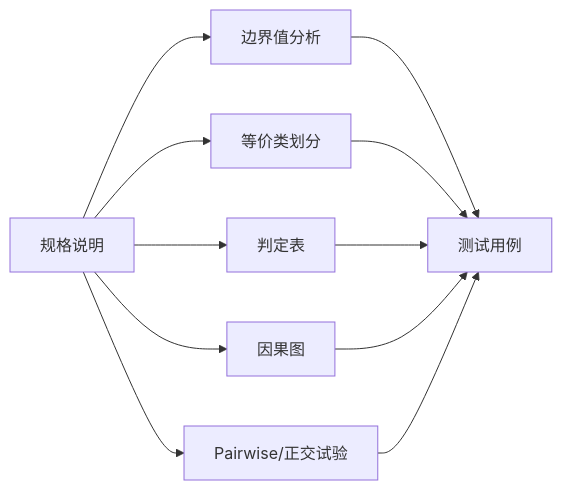
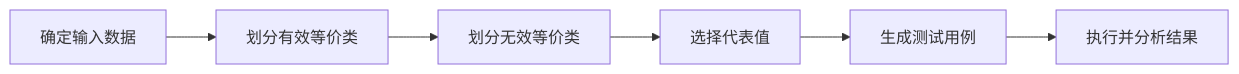
One commit to Ziwen-Lii/pique-review-site changed the third of 4 diagrams in src/content/test-lecture-04.md. Above: the diagram before and after it, drawn with Mermaid. The commit also changed other lines of this file and 1 other file, not shown here.

````diff
--- a/src/content/test-lecture-04.md
+++ b/src/content/test-lecture-04.md
@@ -28,13 +377,8 @@
 ```mermaid
 flowchart LR
-  A["规格说明"] --> B["边界值分析"]
-  A --> C["等价类划分"]
-  A --> D["判定表"]
-  A --> E["因果图"]
-  A --> F["Pairwise/正交试验"]
-  B --> G["测试用例"]
-  C --> G
-  D --> G
-  E --> G
-  F --> G
+  A["确定输入数据"] --> B["划分有效等价类"]
+  B --> C["划分无效等价类"]
+  C --> D["选择代表值"]
+  D --> E["生成测试用例"]
+  E --> F["执行并分析结果"]
 ```
````
